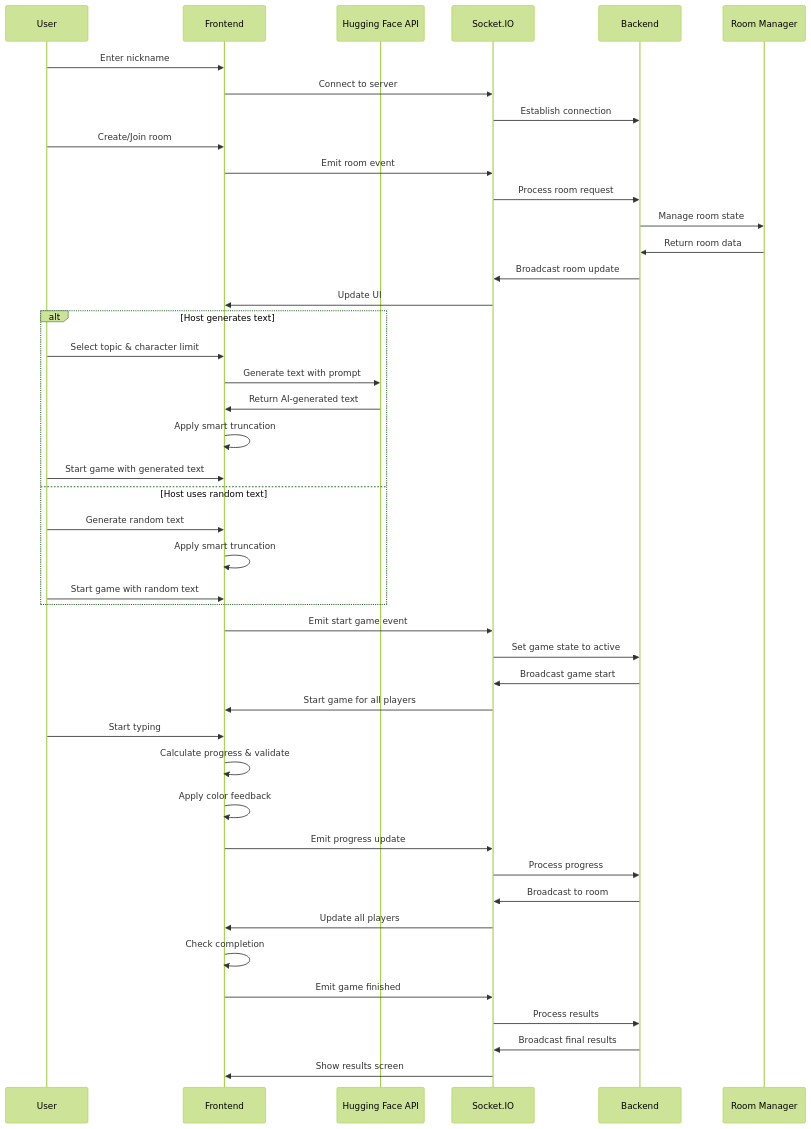
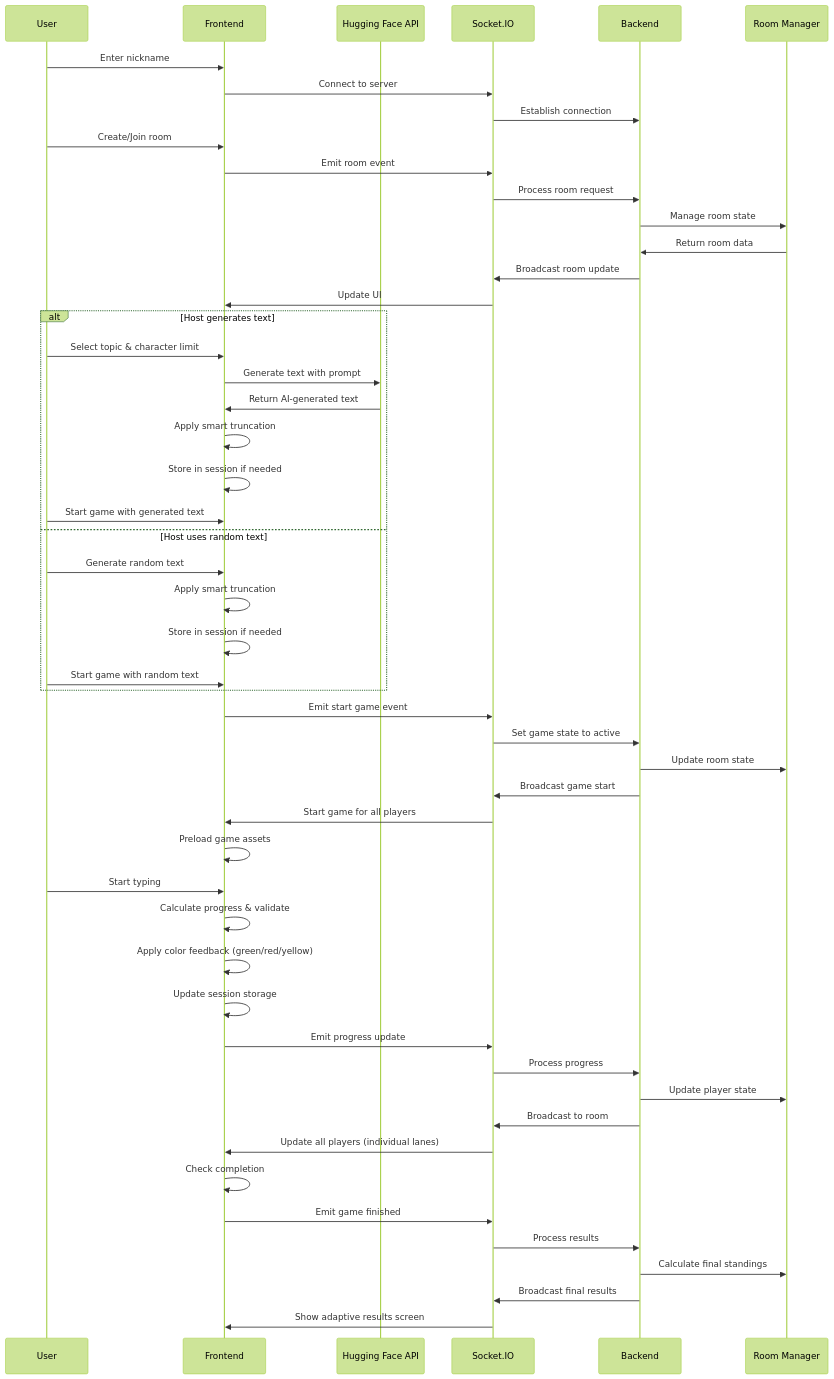
Before and after one commit to souzabruno01/CapyType-Race: the second of 6 diagrams in capytype/ARCHITECTURE.md, drawn with Mermaid (forest theme). The commit also changed other lines of this file and 1 other file, not shown here.

First line of the commit message:
docs: Update README and ARCHITECTURE with latest improvements

````diff
--- a/capytype/ARCHITECTURE.md
+++ b/capytype/ARCHITECTURE.md
@@ -96,52 +115,59 @@
 ```mermaid
 sequenceDiagram
     participant U as User
     participant F as Frontend
     participant AI as Hugging Face API
     participant S as Socket.IO
     participant B as Backend
     participant R as Room Manager
     
     U->>F: Enter nickname
     F->>S: Connect to server
     S->>B: Establish connection
     
     U->>F: Create/Join room
     F->>S: Emit room event
     S->>B: Process room request
     B->>R: Manage room state
     R->>B: Return room data
     B->>S: Broadcast room update
     S->>F: Update UI
     
     alt Host generates text
         U->>F: Select topic & character limit
         F->>AI: Generate text with prompt
         AI->>F: Return AI-generated text
         F->>F: Apply smart truncation
+        F->>F: Store in session if needed
         U->>F: Start game with generated text
     else Host uses random text
         U->>F: Generate random text
         F->>F: Apply smart truncation
+        F->>F: Store in session if needed
         U->>F: Start game with random text
     end
     
     F->>S: Emit start game event
     S->>B: Set game state to active
+    B->>R: Update room state
     B->>S: Broadcast game start
     S->>F: Start game for all players
+    F->>F: Preload game assets
     
     U->>F: Start typing
     F->>F: Calculate progress & validate
-    F->>F: Apply color feedback
+    F->>F: Apply color feedback (green/red/yellow)
+    F->>F: Update session storage
     F->>S: Emit progress update
     S->>B: Process progress
+    B->>R: Update player state
     B->>S: Broadcast to room
-    S->>F: Update all players
+    S->>F: Update all players (individual lanes)
     
     F->>F: Check completion
     F->>S: Emit game finished
     S->>B: Process results
+    B->>R: Calculate final standings
     B->>S: Broadcast final results
-    S->>F: Show results screen
+    S->>F: Show adaptive results screen
 ```
````
